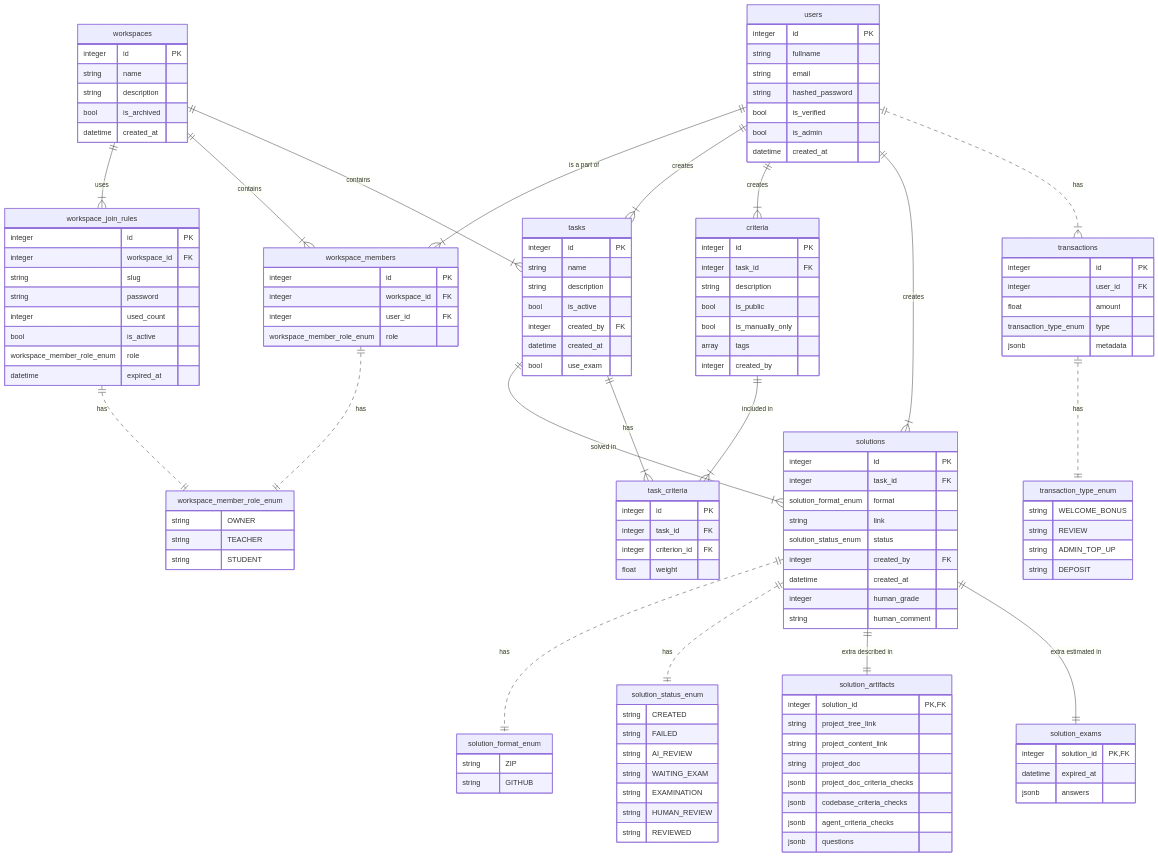
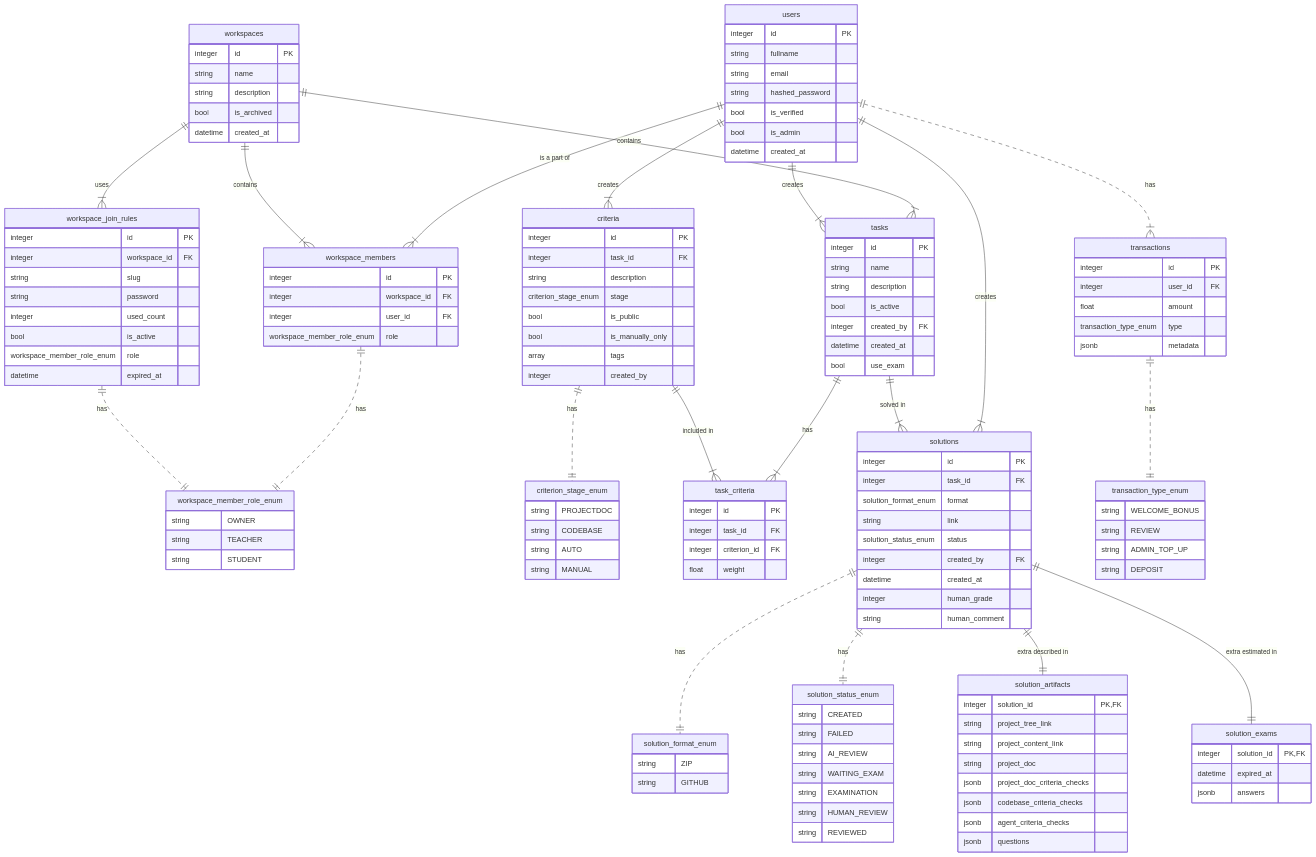
Before and after one commit to Daniil-Solo/AIReviewBackend: the diagram in docs/architecture/data_model.md, drawn with Mermaid. The commit also changed 32 other files, not shown here.

```diff
--- a/docs/architecture/data_model.md
+++ b/docs/architecture/data_model.md
@@ -58,10 +58,18 @@
         integer id PK
         integer task_id FK
         string description
+        criterion_stage_enum stage
         bool is_public
         bool is_manually_only
         array tags
         integer created_by
+    }
+    
+    criterion_stage_enum {
+        string PROJECTDOC
+        string CODEBASE
+        string AUTO
+        string MANUAL
     }
     
     task_criteria {
@@ -157,6 +165,7 @@
     
     tasks ||--|{ task_criteria : "has"
     criteria ||--|{ task_criteria : "included in"
+    criteria  ||..|| criterion_stage_enum : has
     
     users ||..|{ transactions : has
     transactions ||..|| transaction_type_enum : has
```
